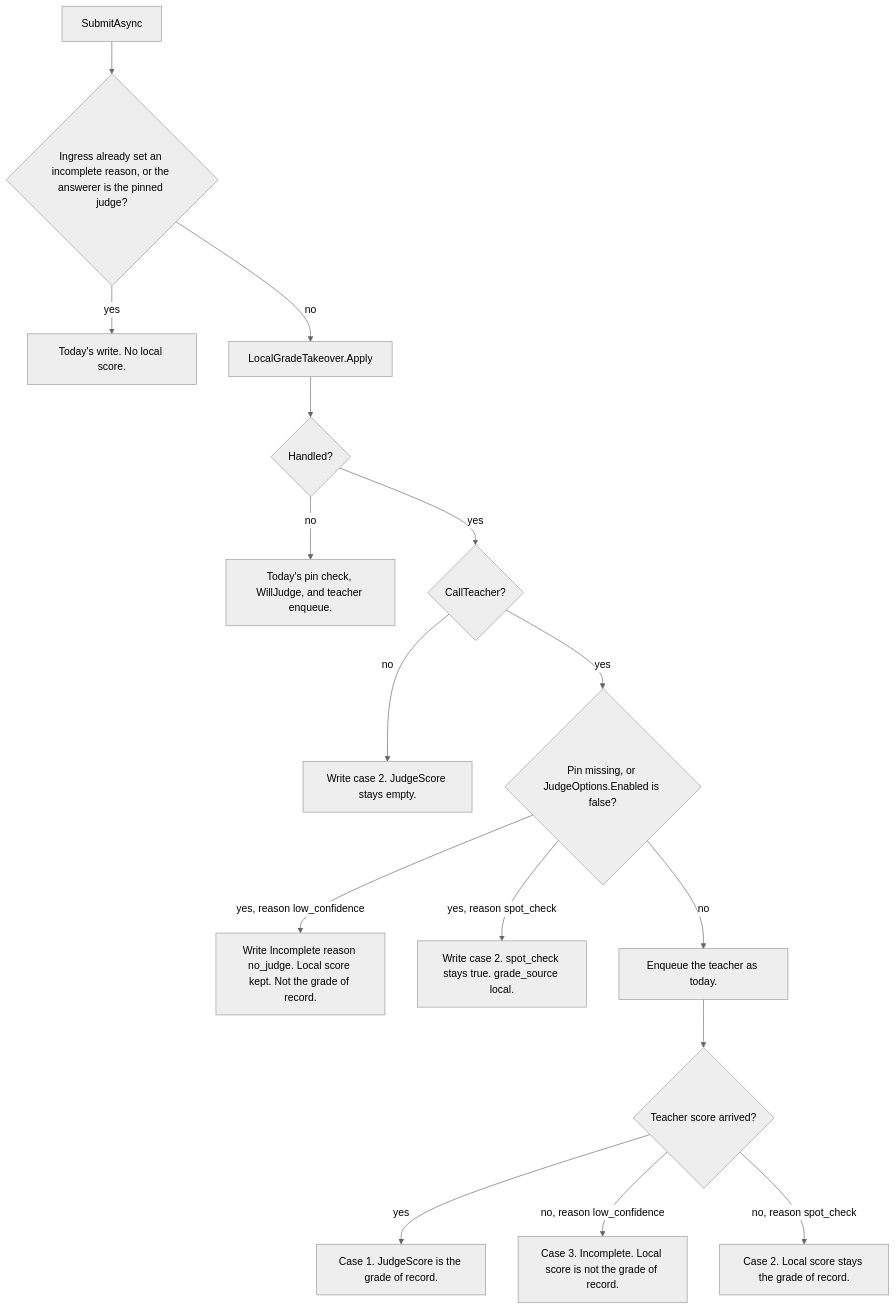
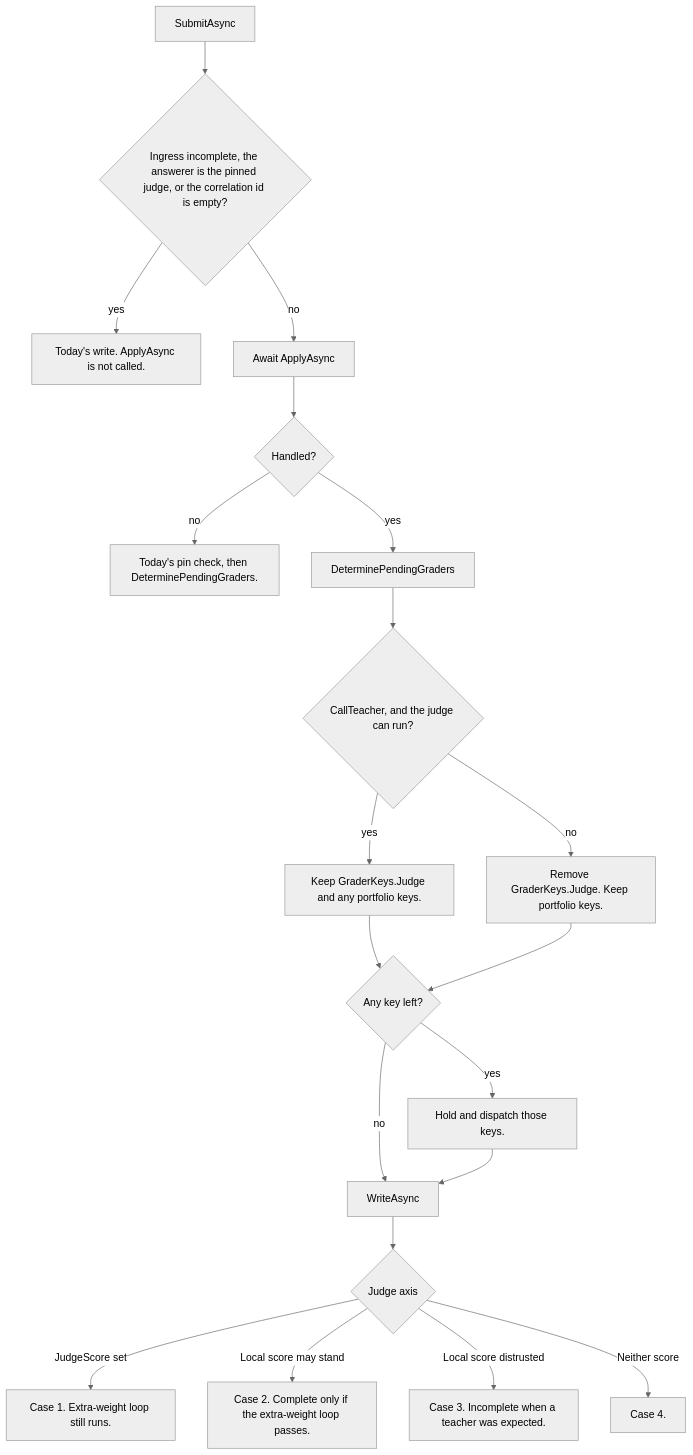
One commit to davidpizon/TotallyHot-ArcRouter changed the diagram in docs/plans/issue-304-phase-8-grader-takeover.md. Above: the diagram before and after it, drawn with Mermaid (neutral theme). The commit also changed other lines of this file and 2 other files, not shown here.

First line of the commit message:
docs: tighten the phase 8 takeover plan after review

````diff
--- a/docs/plans/issue-304-phase-8-grader-takeover.md
+++ b/docs/plans/issue-304-phase-8-grader-takeover.md
@@ -105,18 +105,22 @@
 ```mermaid
 flowchart TD
-    submit[SubmitAsync] --> terminal{Ingress already set an incomplete reason, or the answerer is the pinned judge?}
-    terminal -->|yes| old[Today's write. No local score.]
-    terminal -->|no| apply[LocalGradeTakeover.Apply]
+    submit[SubmitAsync] --> terminal{Ingress incomplete, the answerer is the pinned judge, or the correlation id is empty?}
+    terminal -->|yes| old[Today's write. ApplyAsync is not called.]
+    terminal -->|no| apply[Await ApplyAsync]
     apply --> handled{Handled?}
-    handled -->|no| today[Today's pin check, WillJudge, and teacher enqueue.]
-    handled -->|yes| need{CallTeacher?}
-    need -->|no| keep[Write case 2. JudgeScore stays empty.]
-    need -->|yes| pin{Pin missing, or JudgeOptions.Enabled is false?}
-    pin -->|yes, reason low_confidence| miss[Write Incomplete reason no_judge. Local score kept. Not the grade of record.]
-    pin -->|yes, reason spot_check| audit[Write case 2. spot_check stays true. grade_source local.]
-    pin -->|no| enqueue[Enqueue the teacher as today.]
-    enqueue --> answered{Teacher score arrived?}
-    answered -->|yes| case1[Case 1. JudgeScore is the grade of record.]
-    answered -->|no, reason low_confidence| case3[Case 3. Incomplete. Local score is not the grade of record.]
-    answered -->|no, reason spot_check| case2[Case 2. Local score stays the grade of record.]
+    handled -->|no| today[Today's pin check, then DeterminePendingGraders.]
+    handled -->|yes| pending[DeterminePendingGraders]
+    pending --> teacher{CallTeacher, and the judge can run?}
+    teacher -->|yes| both[Keep GraderKeys.Judge and any portfolio keys.]
+    teacher -->|no| strip[Remove GraderKeys.Judge. Keep portfolio keys.]
+    both --> left{Any key left?}
+    strip --> left
+    left -->|yes| hold[Hold and dispatch those keys.]
+    left -->|no| write[WriteAsync]
+    hold --> write
+    write --> axis{Judge axis}
+    axis -->|JudgeScore set| case1[Case 1. Extra-weight loop still runs.]
+    axis -->|Local score may stand| case2[Case 2. Complete only if the extra-weight loop passes.]
+    axis -->|Local score distrusted| case3[Case 3. Incomplete when a teacher was expected.]
+    axis -->|Neither score| case4[Case 4.]
 ```
````
